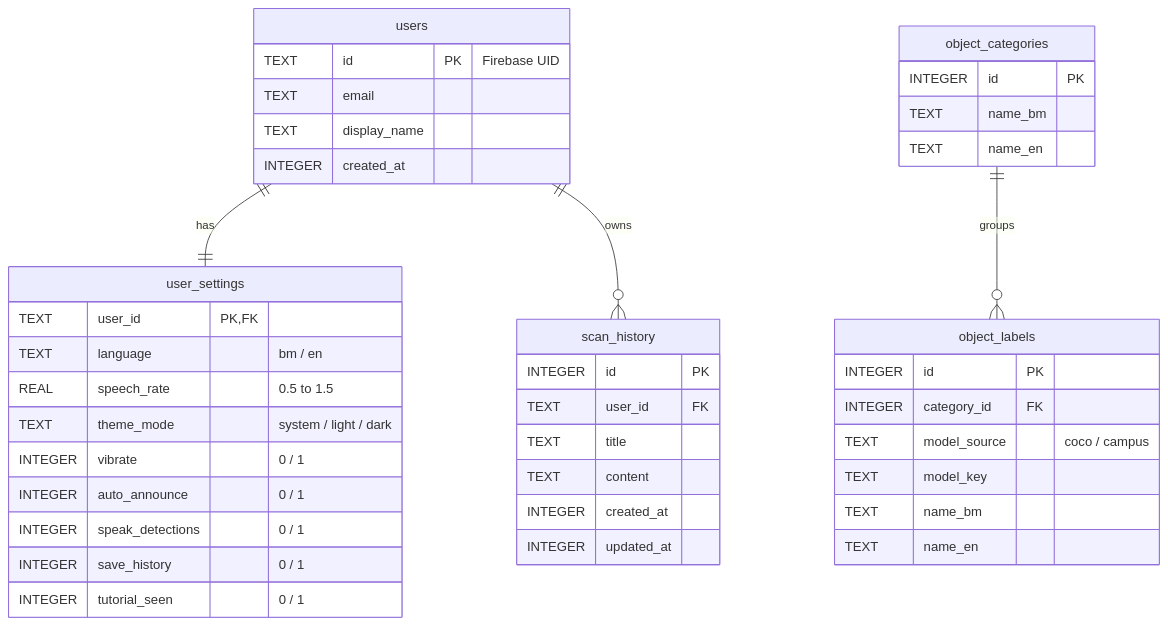
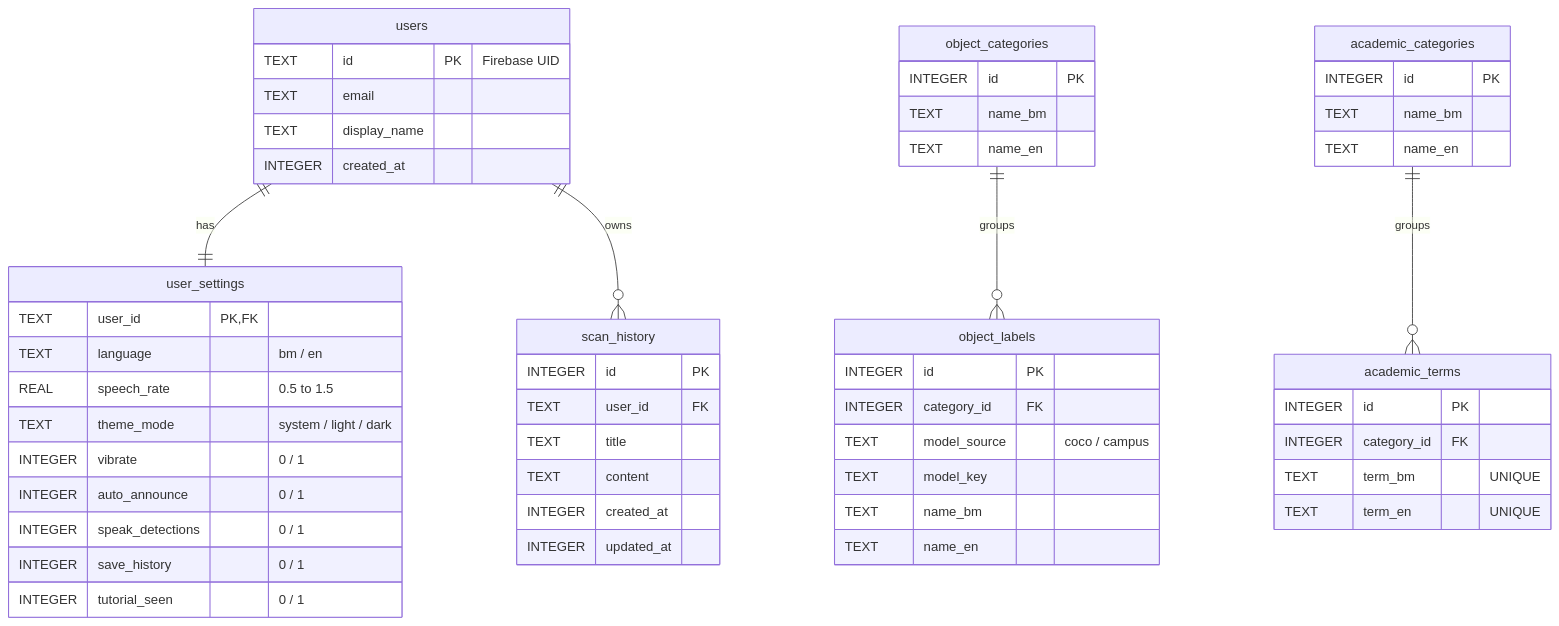
One commit to MissFiena/IrisVision changed the diagram in docs/database.md. Above: the diagram before and after it, drawn with Mermaid. The commit also changed other lines of this file and 5 other files, not shown here.

Commit message:
Add academic vocabulary (BM/EN terms, DB v3) for voice detection and term translation

````diff
--- a/docs/database.md
+++ b/docs/database.md
@@ -7,45 +7,57 @@
 ```mermaid
 erDiagram
     users ||--|| user_settings : has
     users ||--o{ scan_history : owns
     object_categories ||--o{ object_labels : groups
+    academic_categories ||--o{ academic_terms : groups
 
     users {
         TEXT id PK "Firebase UID"
         TEXT email
         TEXT display_name
         INTEGER created_at
     }
     user_settings {
         TEXT user_id PK, FK
         TEXT language "bm / en"
         REAL speech_rate "0.5 to 1.5"
         TEXT theme_mode "system / light / dark"
         INTEGER vibrate "0 / 1"
         INTEGER auto_announce "0 / 1"
         INTEGER speak_detections "0 / 1"
         INTEGER save_history "0 / 1"
         INTEGER tutorial_seen "0 / 1"
     }
     scan_history {
         INTEGER id PK
         TEXT user_id FK
         TEXT title
         TEXT content
         INTEGER created_at
         INTEGER updated_at
     }
     object_categories {
         INTEGER id PK
         TEXT name_bm
         TEXT name_en
     }
+    academic_categories {
+        INTEGER id PK
+        TEXT name_bm
+        TEXT name_en
+    }
+    academic_terms {
+        INTEGER id PK
+        INTEGER category_id FK
+        TEXT term_bm "UNIQUE"
+        TEXT term_en "UNIQUE"
+    }
     object_labels {
         INTEGER id PK
         INTEGER category_id FK
         TEXT model_source "coco / campus"
         TEXT model_key
         TEXT name_bm
         TEXT name_en
     }
 ```
````
